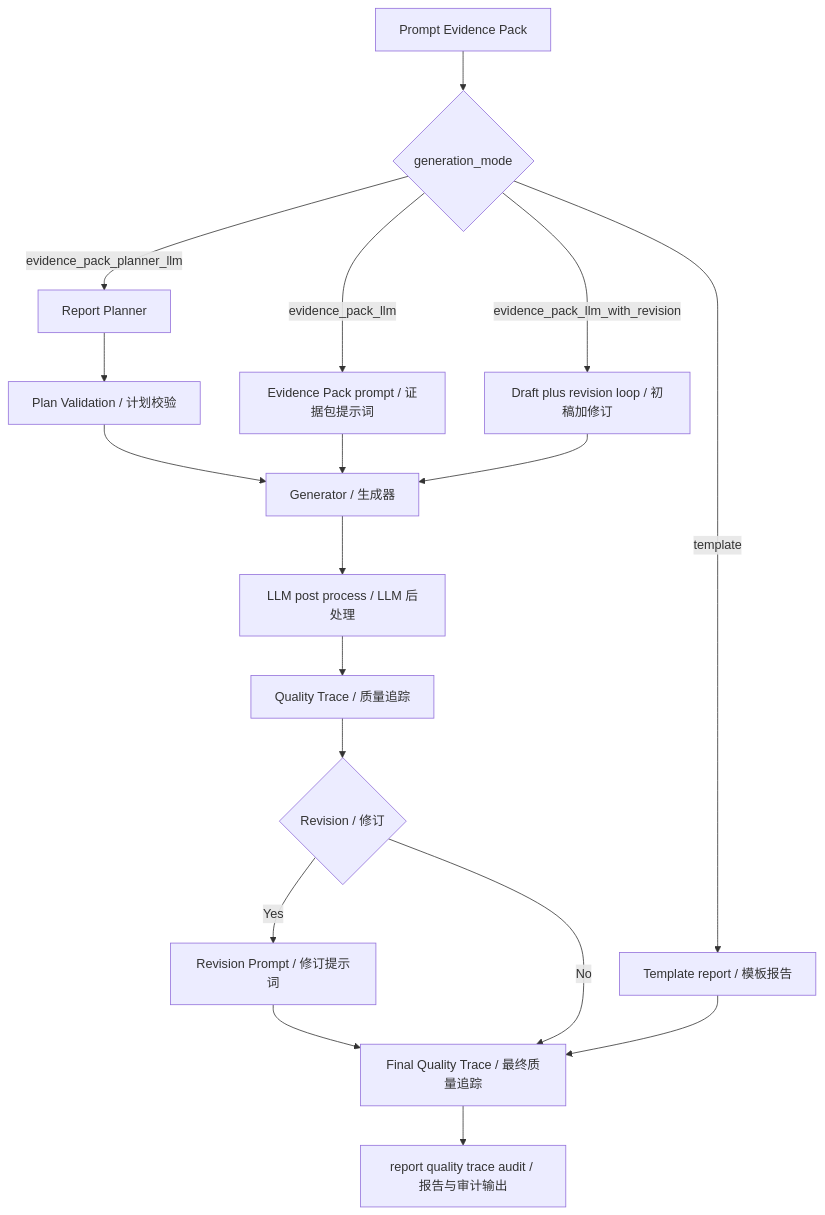
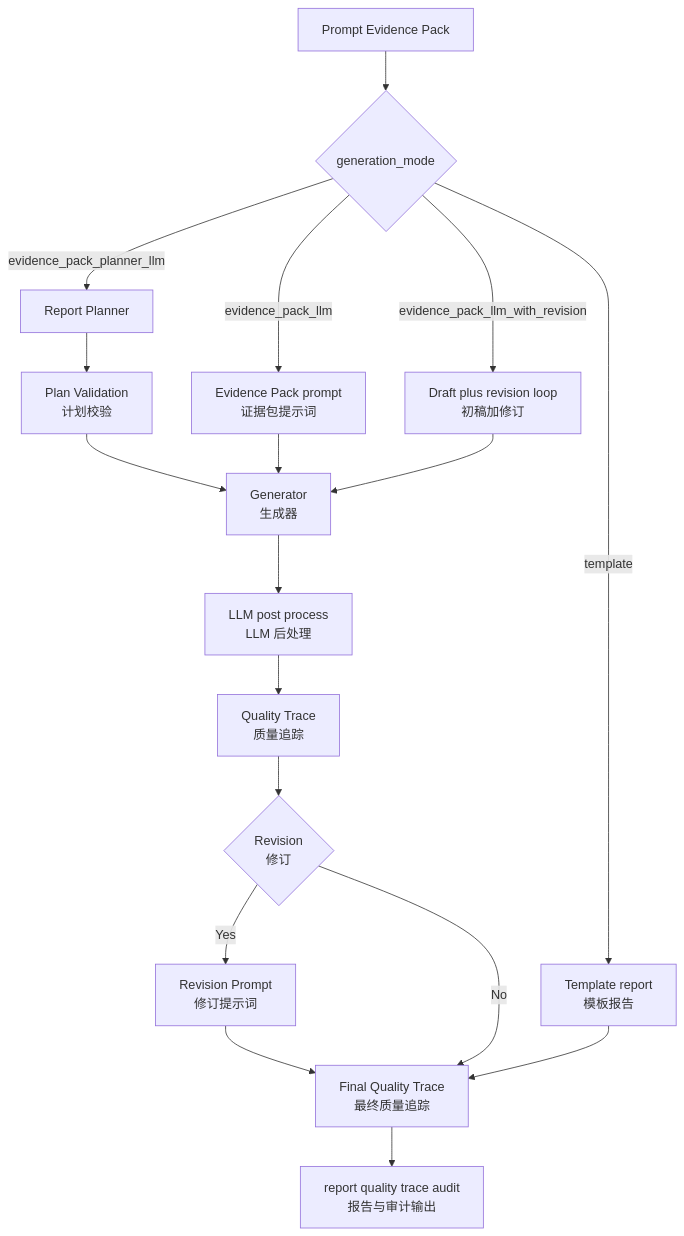
One commit to xiaodazhao/tbm-report changed the third of 5 diagrams in backend/docs/system_architecture.md. Above: the diagram before and after it, drawn with Mermaid. The commit also changed other lines of this file and 1 other file, not shown here.

Commit message:
Fix Mermaid diagrams for GitHub rendering

````diff
--- a/backend/docs/system_architecture.md
+++ b/backend/docs/system_architecture.md
@@ -97,21 +97,21 @@
 ```mermaid
 flowchart TD
-    A[Prompt Evidence Pack] --> B{generation_mode}
-    B -->|template| C[Template report / 模板报告]
-    B -->|evidence_pack_llm| D[Evidence Pack prompt / 证据包提示词]
-    B -->|evidence_pack_llm_with_revision| E[Draft plus revision loop / 初稿加修订]
-    B -->|evidence_pack_planner_llm| F[Report Planner]
+    pack["Prompt Evidence Pack"] --> mode{"generation_mode"}
+    mode -- "template" --> template["Template report<br/>模板报告"]
+    mode -- "evidence_pack_llm" --> llm_prompt["Evidence Pack prompt<br/>证据包提示词"]
+    mode -- "evidence_pack_llm_with_revision" --> llm_loop["Draft plus revision loop<br/>初稿加修订"]
+    mode -- "evidence_pack_planner_llm" --> planner["Report Planner"]
 
-    F --> G[Plan Validation / 计划校验]
-    G --> H[Generator / 生成器]
-    D --> H
-    E --> H
-    H --> I[LLM post process / LLM 后处理]
-    I --> J[Quality Trace / 质量追踪]
-    J --> K{Revision / 修订}
-    K -->|Yes| L[Revision Prompt / 修订提示词]
-    L --> M[Final Quality Trace / 最终质量追踪]
-    K -->|No| M
-    C --> M
-    M --> N[report quality trace audit / 报告与审计输出]
+    planner --> plan_check["Plan Validation<br/>计划校验"]
+    plan_check --> generator["Generator<br/>生成器"]
+    llm_prompt --> generator
+    llm_loop --> generator
+    generator --> post["LLM post process<br/>LLM 后处理"]
+    post --> qtrace["Quality Trace<br/>质量追踪"]
+    qtrace --> revision{"Revision<br/>修订"}
+    revision -- "Yes" --> revision_prompt["Revision Prompt<br/>修订提示词"]
+    revision_prompt --> final_trace["Final Quality Trace<br/>最终质量追踪"]
+    revision -- "No" --> final_trace
+    template --> final_trace
+    final_trace --> audit["report quality trace audit<br/>报告与审计输出"]
 ```
````
